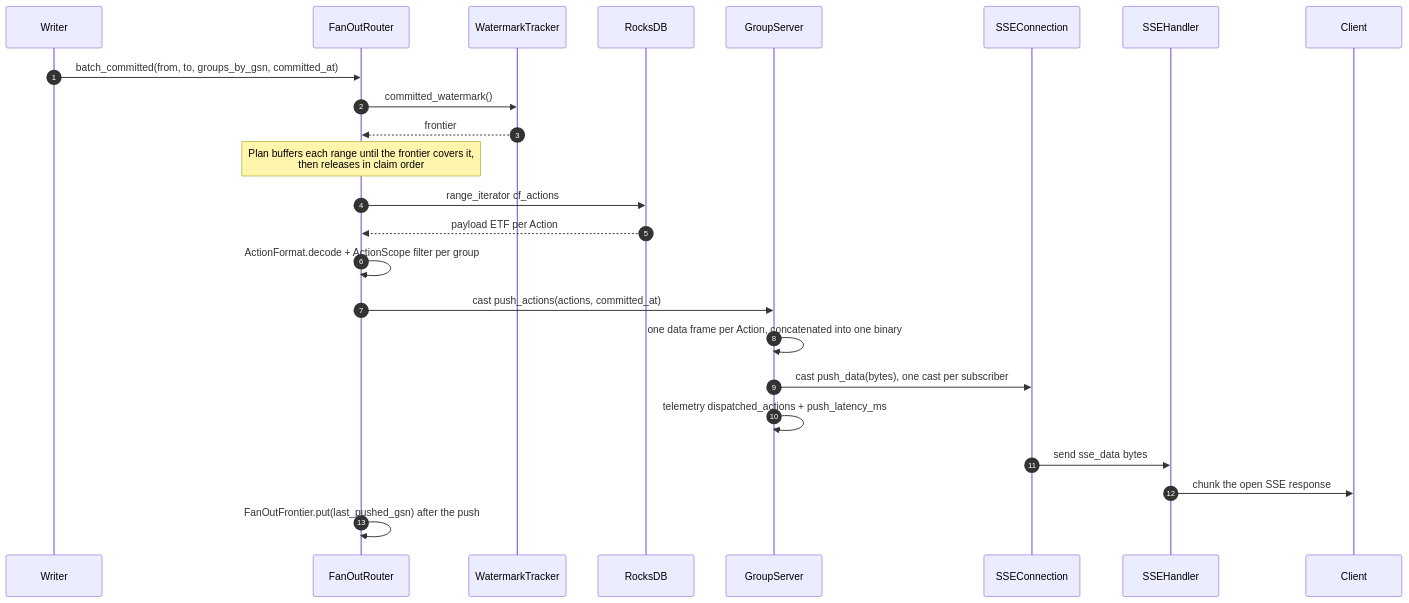
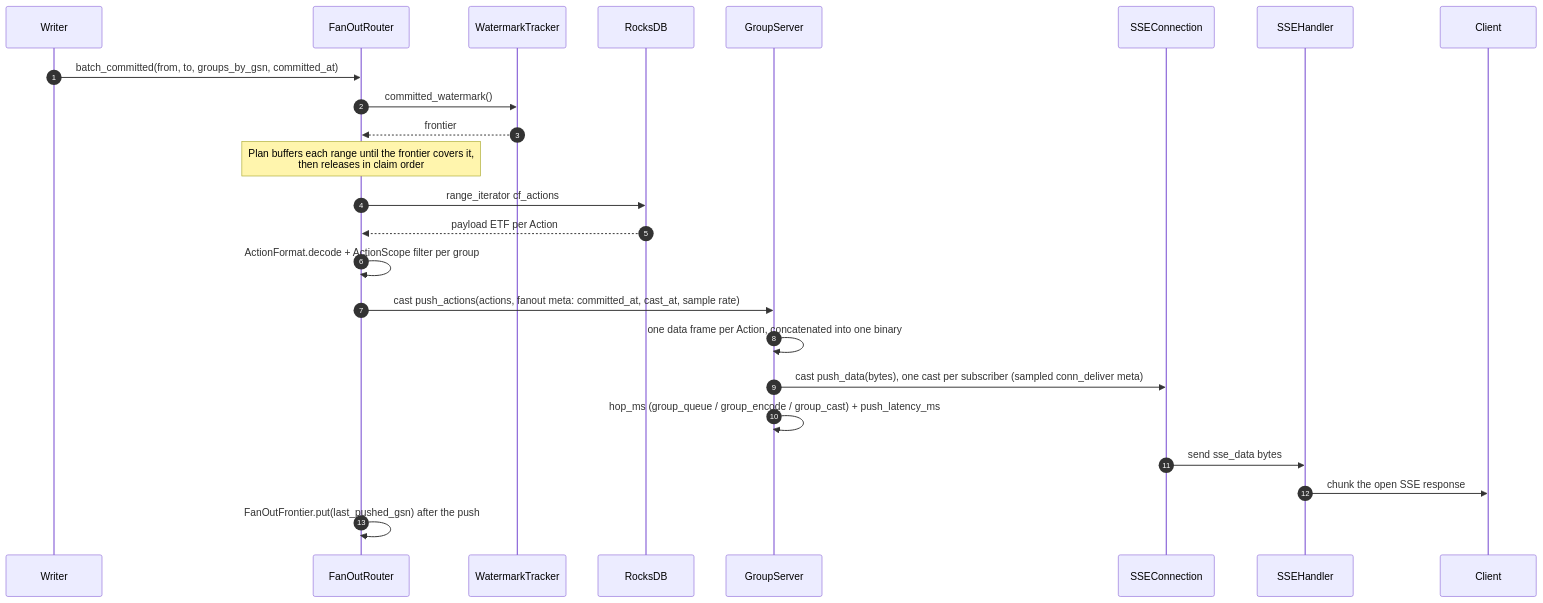
The third of 6 diagrams in ebb_server/README.md (ebbjs/ebbjs), drawn with Mermaid before and after one commit. The commit also changed other lines of this file and 1 other file, not shown here.

First line of the commit message:
docs(ebb_server): publish fan-out hop telemetry and limits (#583)

````diff
--- a/ebb_server/README.md
+++ b/ebb_server/README.md
@@ -349,27 +349,27 @@
 ```mermaid
 sequenceDiagram
   autonumber
   participant W as Writer
   participant F as FanOutRouter
   participant WP as WatermarkTracker
   participant DB as RocksDB
   participant GS as GroupServer
   participant SC as SSEConnection
   participant H as SSEHandler
   participant C as Client
 
   W->>F: batch_committed(from, to, groups_by_gsn, committed_at)
   F->>WP: committed_watermark()
   WP-->>F: frontier
   Note over F: Plan buffers each range until the frontier covers it,<br/>then releases in claim order
   F->>DB: range_iterator cf_actions
   DB-->>F: payload ETF per Action
   F->>F: ActionFormat.decode + ActionScope filter per group
-  F->>GS: cast push_actions(actions, committed_at)
+  F->>GS: cast push_actions(actions, fanout meta: committed_at, cast_at, sample rate)
   GS->>GS: one data frame per Action, concatenated into one binary
-  GS->>SC: cast push_data(bytes), one cast per subscriber
-  GS->>GS: telemetry dispatched_actions + push_latency_ms
+  GS->>SC: cast push_data(bytes), one cast per subscriber (sampled conn_deliver meta)
+  GS->>GS: hop_ms (group_queue / group_encode / group_cast) + push_latency_ms
   SC->>H: send sse_data bytes
   H->>C: chunk the open SSE response
   F->>F: FanOutFrontier.put(last_pushed_gsn) after the push
 ```
````
